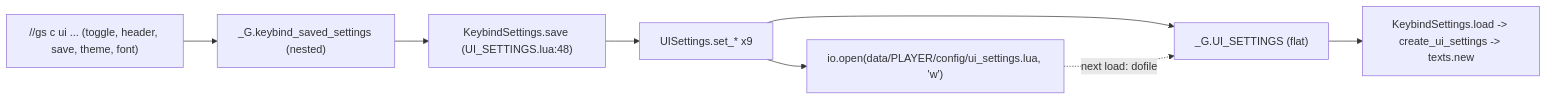
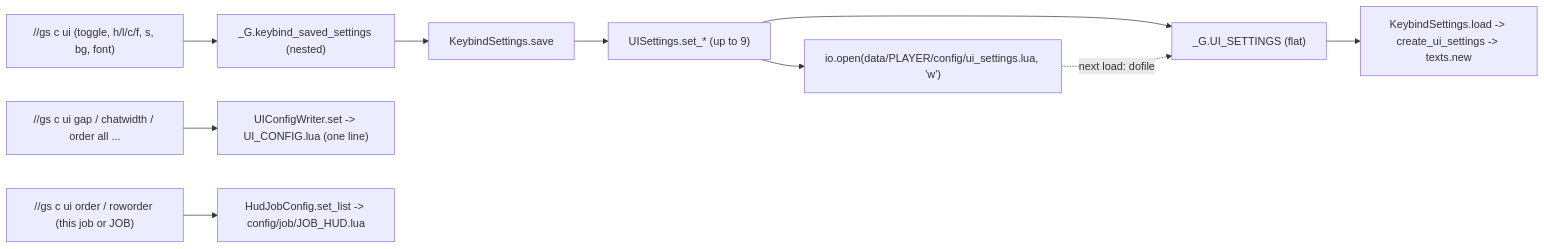
One commit to ejouanchicot/Gearswap changed the fourth of 5 diagrams in docs/dev/systems/ui-overlay.md. Above: the diagram before and after it, drawn with Mermaid. The commit also changed other lines of this file and 14 other files, not shown here.

First line of the commit message:
docs(dev): re-verify systems and architecture pages against the code

````diff
--- a/docs/dev/systems/ui-overlay.md
+++ b/docs/dev/systems/ui-overlay.md
@@ -184,10 +229,12 @@
 ```mermaid
 flowchart LR
-    CMD["//gs c ui ... (toggle, header, save, theme, font)"] --> KSS["_G.keybind_saved_settings (nested)"]
-    KSS --> KS["KeybindSettings.save (UI_SETTINGS.lua:48)"]
-    KS --> SET["UISettings.set_* x9"]
+    CMD["//gs c ui (toggle, h/l/c/f, s, bg, font)"] --> KSS["_G.keybind_saved_settings (nested)"]
+    KSS --> KS["KeybindSettings.save"]
+    KS --> SET["UISettings.set_* (up to 9)"]
     SET --> GUS["_G.UI_SETTINGS (flat)"]
     SET --> FILE["io.open(data/PLAYER/config/ui_settings.lua, 'w')"]
     FILE -. "next load: dofile" .-> GUS
     GUS --> LOAD["KeybindSettings.load -> create_ui_settings -> texts.new"]
+    LOOK["//gs c ui gap / chatwidth / order all ..."] --> W["UIConfigWriter.set -> UI_CONFIG.lua (one line)"]
+    ORD["//gs c ui order / roworder (this job or JOB)"] --> HJ["HudJobConfig.set_list -> config/job/JOB_HUD.lua"]
 ```
````
